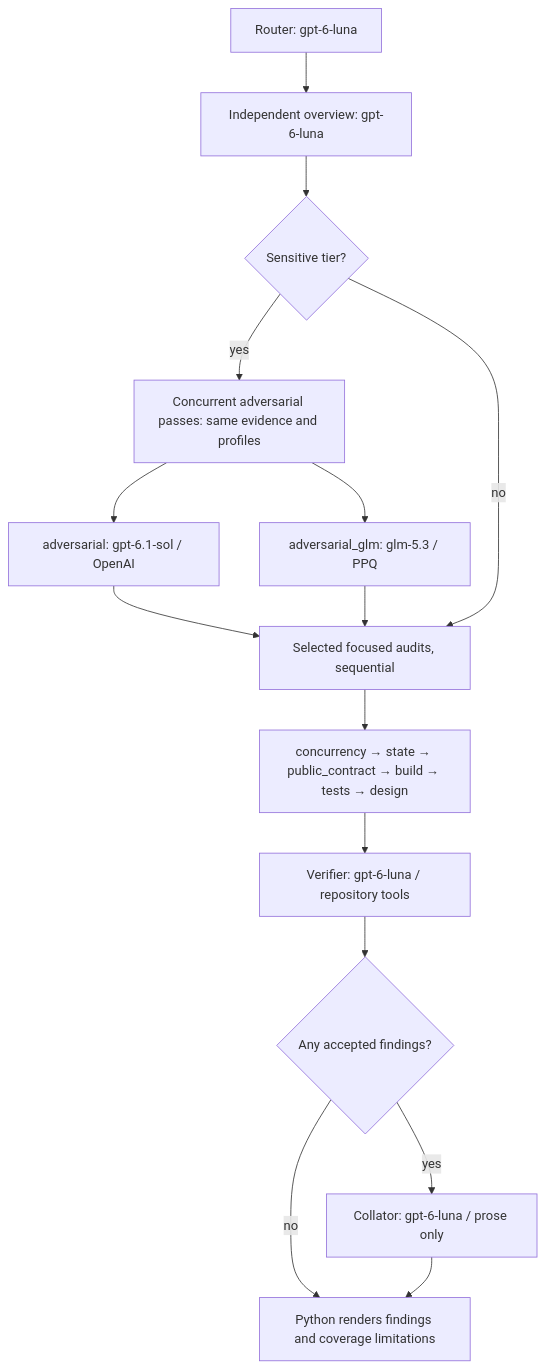
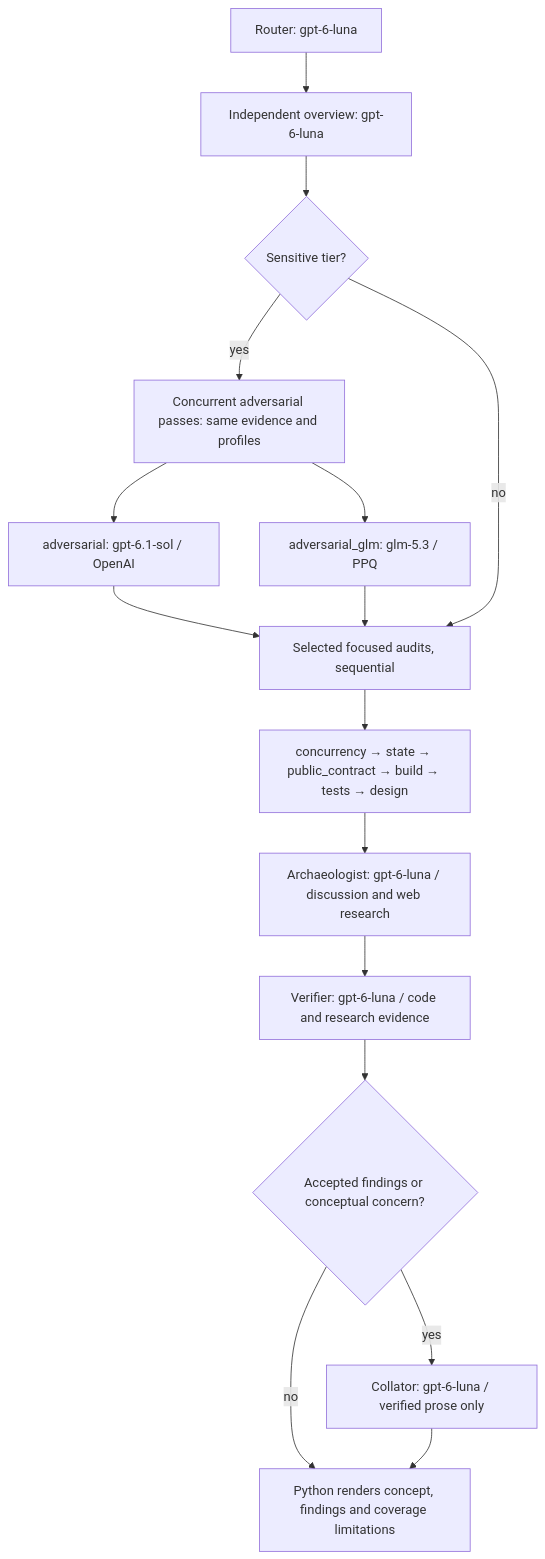
The third of 4 diagrams in pkgs/forgejo-review-bot/README.md (sedited/nix-wll), drawn with Mermaid before and after one commit. The commit also changed other lines of this file and 11 other files, not shown here.

First line of the commit message:
Report archaeology outcomes separately from findings

````diff
--- a/pkgs/forgejo-review-bot/README.md
+++ b/pkgs/forgejo-review-bot/README.md
@@ -93,17 +94,18 @@
 ```mermaid
 flowchart TD
     route["Router: gpt-6-luna"] --> independent["Independent overview: gpt-6-luna"]
     independent --> sensitive{"Sensitive tier?"}
     sensitive -->|yes| pair["Concurrent adversarial passes: same evidence and profiles"]
     pair --> sol["adversarial: gpt-6.1-sol / OpenAI"]
     pair --> glm["adversarial_glm: glm-5.3 / PPQ"]
     sol --> focused["Selected focused audits, sequential"]
     glm --> focused
     sensitive -->|no| focused
     focused --> order["concurrency → state → public_contract → build → tests → design"]
-    order --> verifier["Verifier: gpt-6-luna / repository tools"]
-    verifier --> accepted{"Any accepted findings?"}
-    accepted -->|yes| collator["Collator: gpt-6-luna / prose only"]
-    accepted -->|no| render["Python renders findings and coverage limitations"]
+    order --> archaeology["Archaeologist: gpt-6-luna / discussion and web research"]
+    archaeology --> verifier["Verifier: gpt-6-luna / code and research evidence"]
+    verifier --> accepted{"Accepted findings or conceptual concern?"}
+    accepted -->|yes| collator["Collator: gpt-6-luna / verified prose only"]
+    accepted -->|no| render["Python renders concept, findings and coverage limitations"]
     collator --> render
 ```
````
